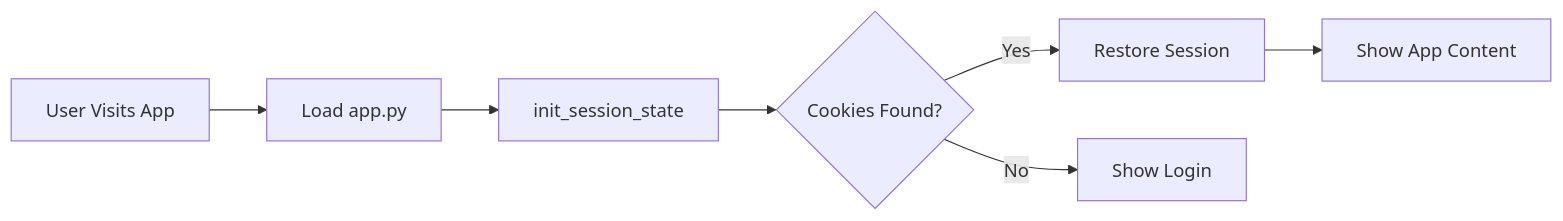
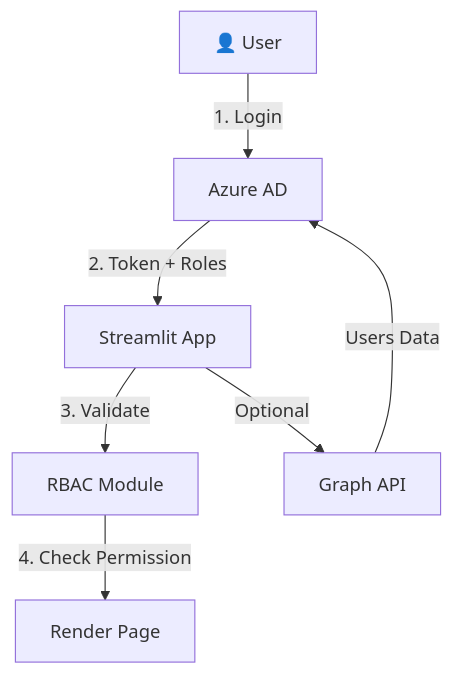
Before and after one commit to ericasw28/Template-App: the diagram in README.md, drawn with Mermaid. The commit also changed other lines of this file and 5 other files, not shown here.

Commit message:
Adding RBAC via Microsoft Graph API, read only for now.

````diff
--- a/README.md
+++ b/README.md
@@ -433,9 +575,9 @@
 ```mermaid
-graph LR
-    A[User Visits App] --> B[Load app.py]
-    B --> C[init_session_state]
-    C --> D{Cookies Found?}
-    D -->|Yes| E[Restore Session]
-    D -->|No| F[Show Login]
-    E --> G[Show App Content]
+graph TB
+    User[👤 User] -->|1. Login| Azure[Azure AD]
+    Azure -->|2. Token + Roles| App[Streamlit App]
+    App -->|3. Validate| RBAC[RBAC Module]
+    RBAC -->|4. Check Permission| Page[Render Page]
+    App -->|Optional| Graph[Graph API]
+    Graph -->|Users Data| Azure
 ```
````
